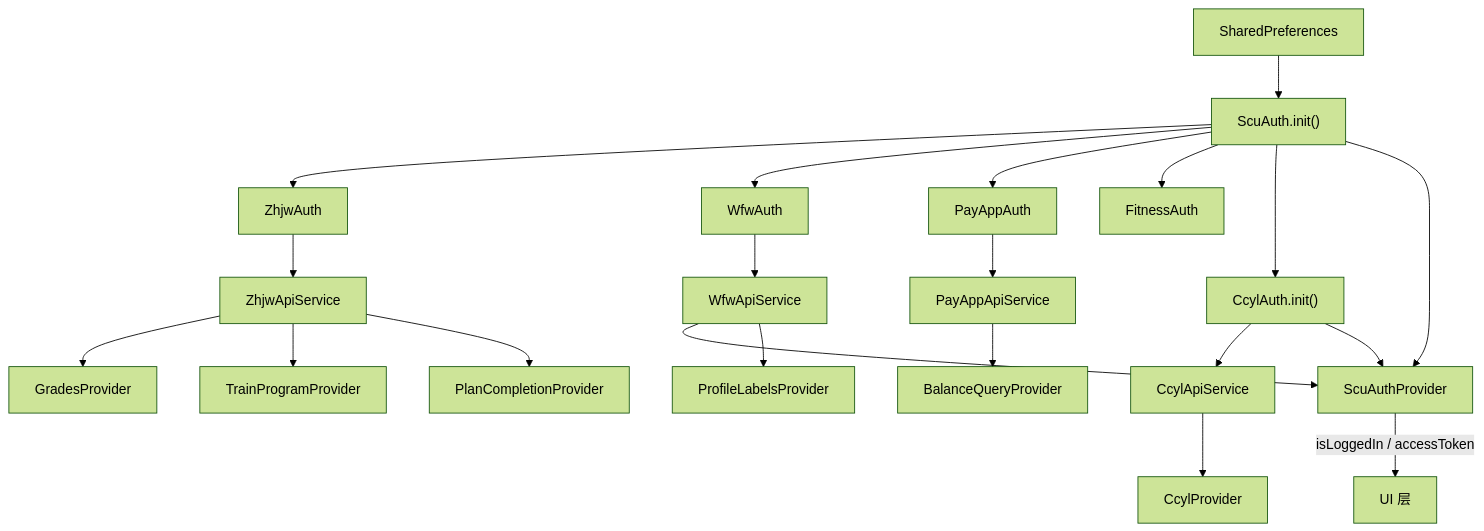
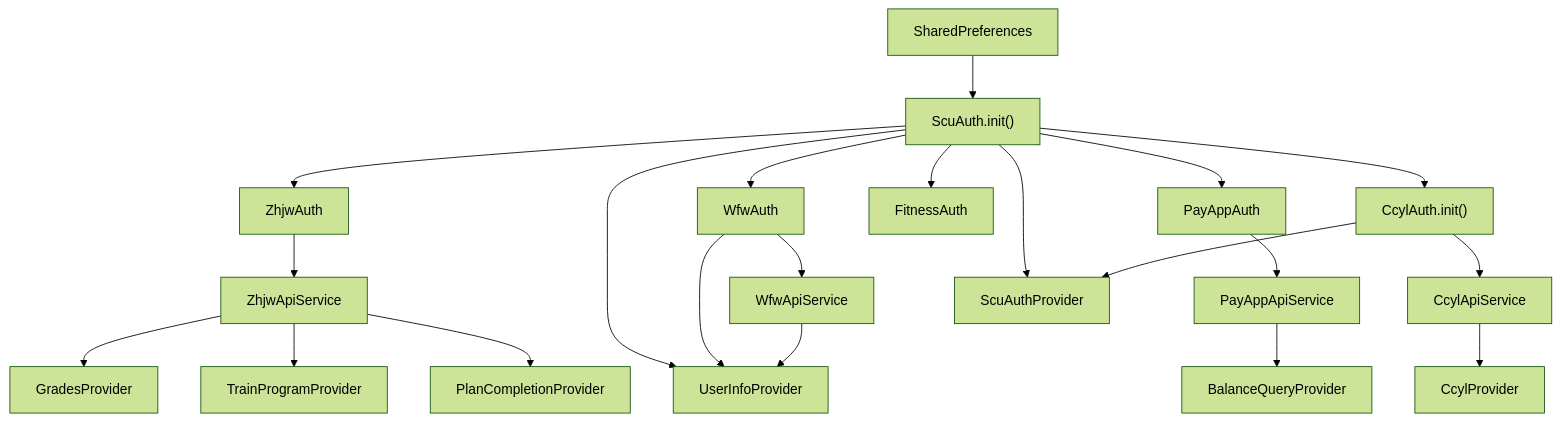
One commit to oldplum/Bugaoshan changed the eighth of 8 diagrams in docs/decisions/auth-architecture.md. Above: the diagram before and after it, drawn with Mermaid (forest theme). The commit also changed other lines of this file, not shown here.

Commit message:
docs: rewrite auth-architecture.md with reactive notification chain

````diff
--- a/docs/decisions/auth-architecture.md
+++ b/docs/decisions/auth-architecture.md
@@ -305,23 +284,23 @@
 ```mermaid
 graph TD
     SP["SharedPreferences"] --> SCU["ScuAuth.init()"]
     SCU --> ZA["ZhjwAuth"]
     SCU --> WA["WfwAuth"]
     SCU --> PA["PayAppAuth"]
     SCU --> FA["FitnessAuth"]
     SCU --> CA["CcylAuth.init()"]
     ZA --> ZHJW["ZhjwApiService"]
     WA --> WFW["WfwApiService"]
     PA --> PAYAPP["PayAppApiService"]
     CA --> CCYL["CcylApiService"]
     SCU --> SAP["ScuAuthProvider"]
     CA --> SAP
-    WFW --> SAP
-    SAP -->|"isLoggedIn / accessToken"| UI["UI 层"]
+    SCU --> UIP["UserInfoProvider"]
+    WA --> UIP
+    WFW --> UIP
     ZHJW --> GP["GradesProvider"]
     ZHJW --> TPP["TrainProgramProvider"]
     ZHJW --> PCP["PlanCompletionProvider"]
     CCYL --> CP["CcylProvider"]
     PAYAPP --> BQP["BalanceQueryProvider"]
-    WFW --> PLP["ProfileLabelsProvider"]
 ```
````
